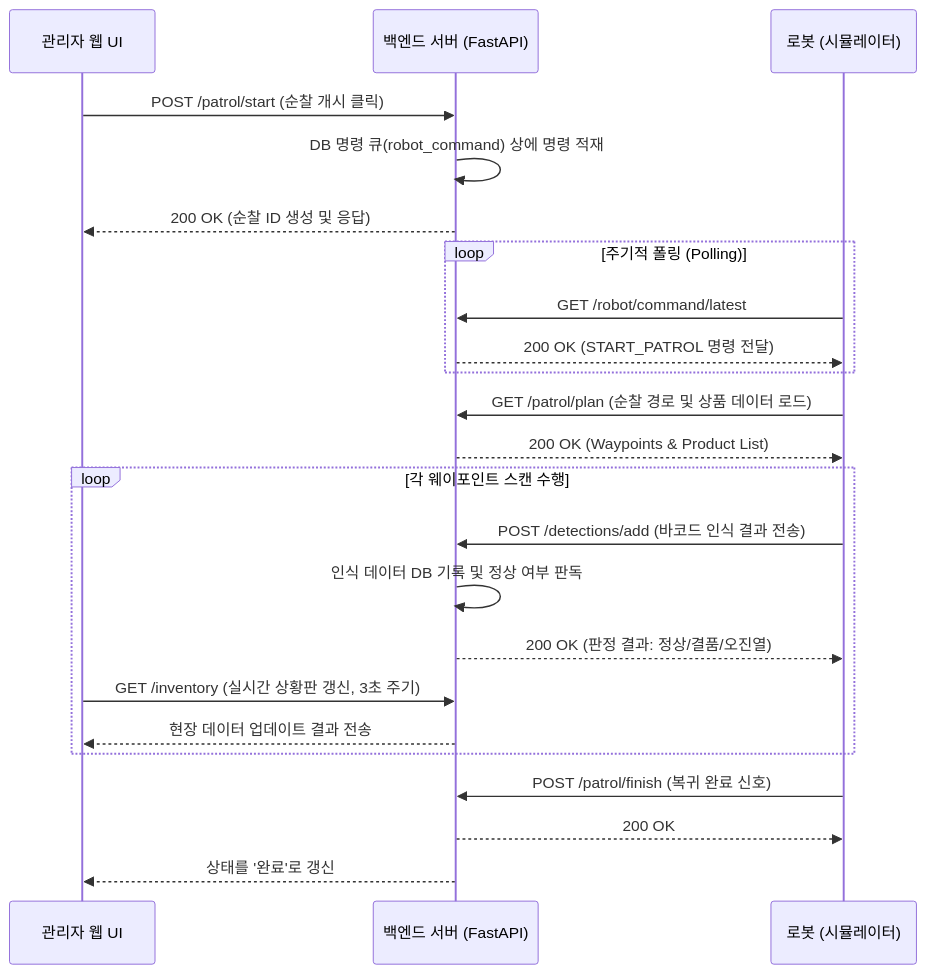
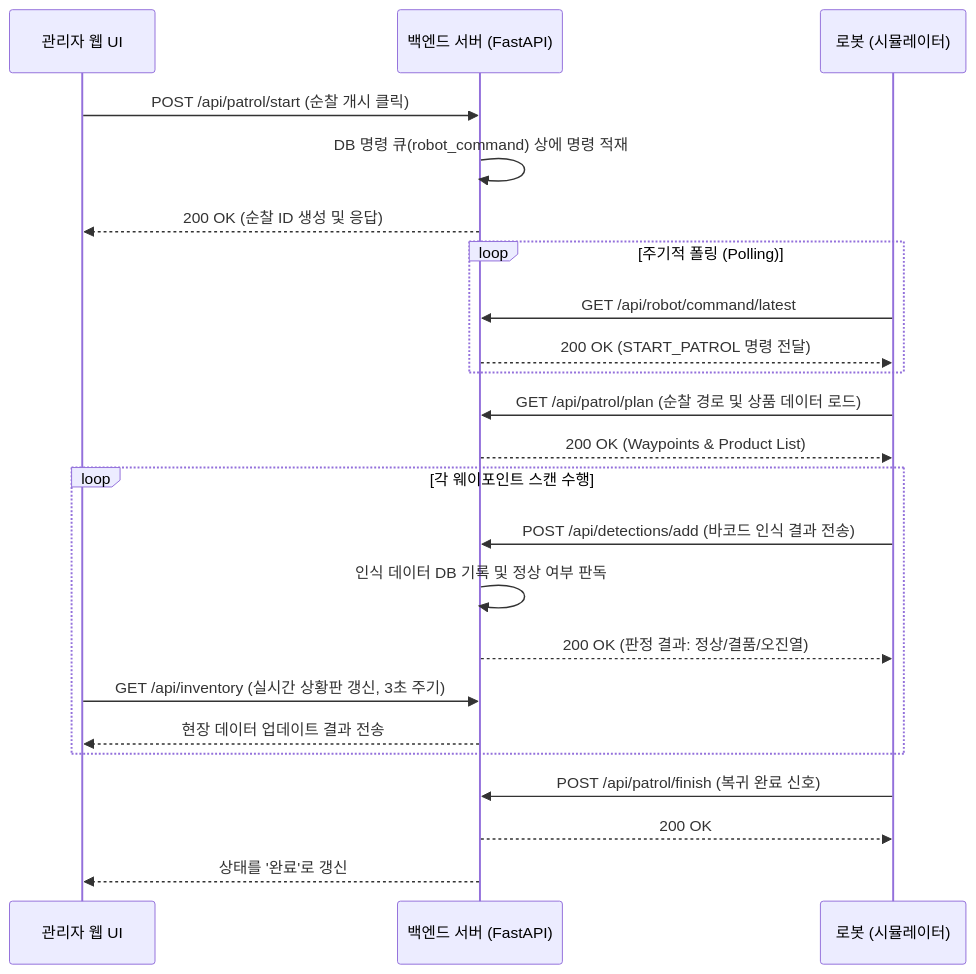
The diagram in SYSTEM_MANAGEMENT_GUIDE.md (Hoon0185/AI_Robot_Final_Project202603), drawn with Mermaid before and after one commit. The commit also changed other lines of this file and 9 other files, not shown here.

````diff
--- a/SYSTEM_MANAGEMENT_GUIDE.md
+++ b/SYSTEM_MANAGEMENT_GUIDE.md
@@ -138,30 +138,30 @@
 ```mermaid
 sequenceDiagram
     participant UI as 관리자 웹 UI
     participant Srv as 백엔드 서버 (FastAPI)
     participant Rob as 로봇 (시뮬레이터)
     
-    UI->>Srv: POST /patrol/start (순찰 개시 클릭)
+    UI->>Srv: POST /api/patrol/start (순찰 개시 클릭)
     Srv->>Srv: DB 명령 큐(robot_command) 상에 명령 적재
     Srv-->>UI: 200 OK (순찰 ID 생성 및 응답)
     
     loop 주기적 폴링 (Polling)
-        Rob->>Srv: GET /robot/command/latest
+        Rob->>Srv: GET /api/robot/command/latest
         Srv-->>Rob: 200 OK (START_PATROL 명령 전달)
     end
     
-    Rob->>Srv: GET /patrol/plan (순찰 경로 및 상품 데이터 로드)
+    Rob->>Srv: GET /api/patrol/plan (순찰 경로 및 상품 데이터 로드)
     Srv-->>Rob: 200 OK (Waypoints & Product List)
     
     loop 각 웨이포인트 스캔 수행
-        Rob->>Srv: POST /detections/add (바코드 인식 결과 전송)
+        Rob->>Srv: POST /api/detections/add (바코드 인식 결과 전송)
         Srv->>Srv: 인식 데이터 DB 기록 및 정상 여부 판독
         Srv-->>Rob: 200 OK (판정 결과: 정상/결품/오진열)
-        UI->>Srv: GET /inventory (실시간 상황판 갱신, 3초 주기)
+        UI->>Srv: GET /api/inventory (실시간 상황판 갱신, 3초 주기)
         Srv-->>UI: 현장 데이터 업데이트 결과 전송
     end
     
-    Rob->>Srv: POST /patrol/finish (복귀 완료 신호)
+    Rob->>Srv: POST /api/patrol/finish (복귀 완료 신호)
     Srv-->>Rob: 200 OK
     Srv-->>UI: 상태를 '완료'로 갱신
 ```
````
